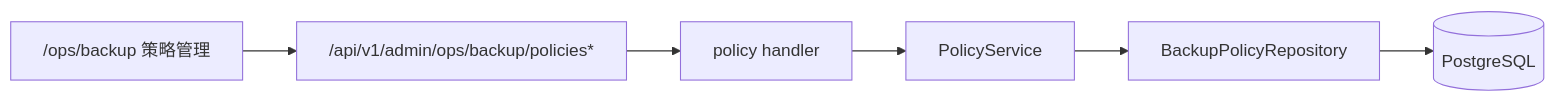
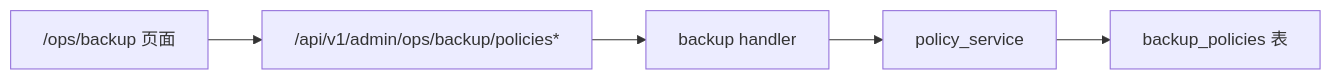
The first of 3 diagrams in docs/guides/deploy/027-monitor-center/usecase-us1-policy-automation.md (ArtisanCloud/PowerX), drawn with Mermaid before and after one commit. The commit also changed other lines of this file and 32 other files, not shown here.

````diff
--- a/docs/guides/deploy/027-monitor-center/usecase-us1-policy-automation.md
+++ b/docs/guides/deploy/027-monitor-center/usecase-us1-policy-automation.md
@@ -13,5 +23,7 @@
 ```mermaid
 flowchart LR
-  UI["/ops/backup 策略管理"] --> API["/api/v1/admin/ops/backup/policies*"]
-  API --> H["policy handler"] --> S["PolicyService"] --> R["BackupPolicyRepository"] --> DB[(PostgreSQL)]
+  UI["/ops/backup 页面"] --> API["/api/v1/admin/ops/backup/policies*"]
+  API --> H["backup handler"]
+  H --> S["policy_service"]
+  S --> DB["backup_policies 表"]
 ```
````
